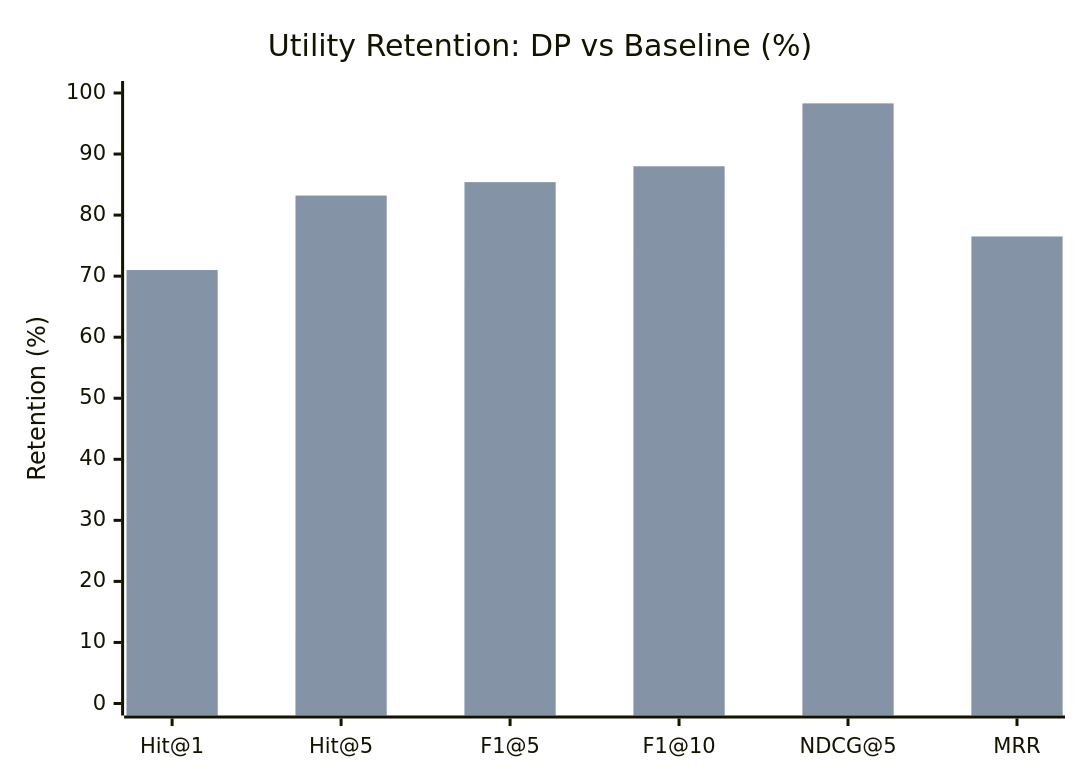
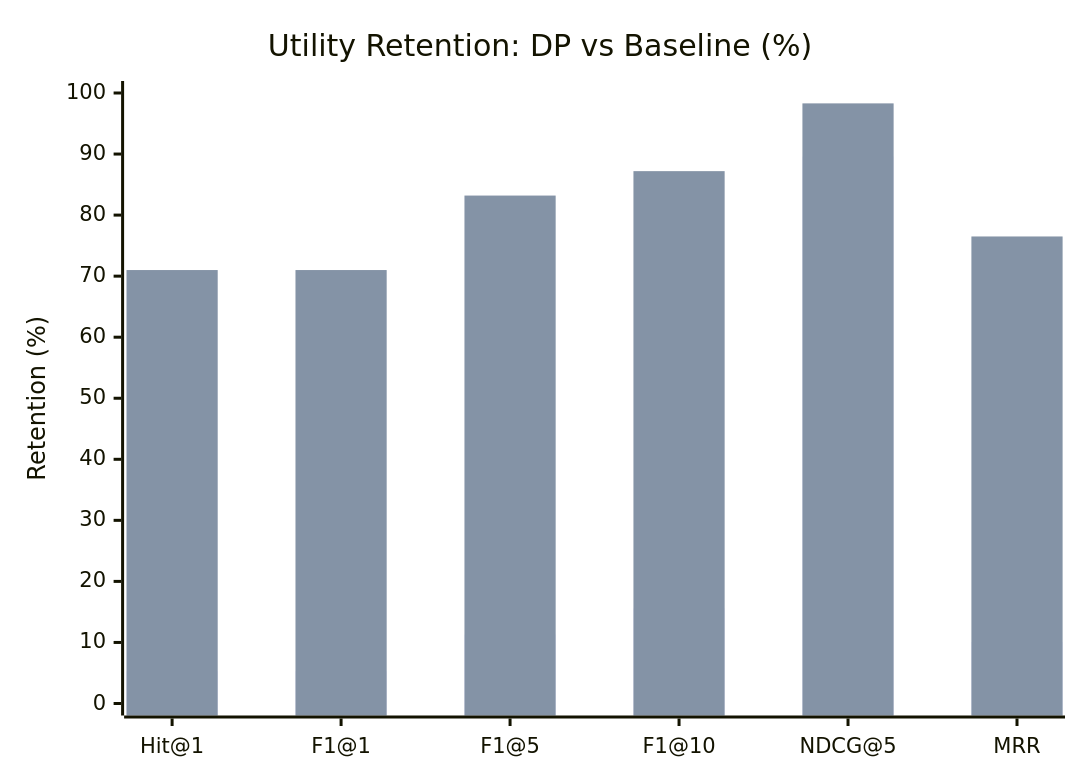
One commit to ursuswh-metamorphic/SDA_SecureDataAlliance changed diagram 11 of 11 in docs/DP_Evaluation_Report.md. Above: the diagram before and after it, drawn with Mermaid. The commit also changed other lines of this file and 2 other files, not shown here.

````diff
--- a/docs/DP_Evaluation_Report.md
+++ b/docs/DP_Evaluation_Report.md
@@ -374,8 +383,8 @@
 ```mermaid
 xychart-beta
     title "Utility Retention: DP vs Baseline (%)"
-    x-axis ["Hit@1", "Hit@5", "F1@5", "F1@10", "NDCG@5", "MRR"]
+    x-axis ["Hit@1", "F1@1", "F1@5", "F1@10", "NDCG@5", "MRR"]
     y-axis "Retention (%)" 0 --> 100
-    bar [5.3, 11.2, 68.4, 74.2, 89.6, 10.1]
-    bar [71.0, 83.2, 85.4, 88.0, 98.3, 76.5]
+    bar [5.3, 5.3, 11.3, 15.6, 89.6, 10.1]
+    bar [71.0, 71.0, 83.2, 87.2, 98.3, 76.5]
 ```
````
